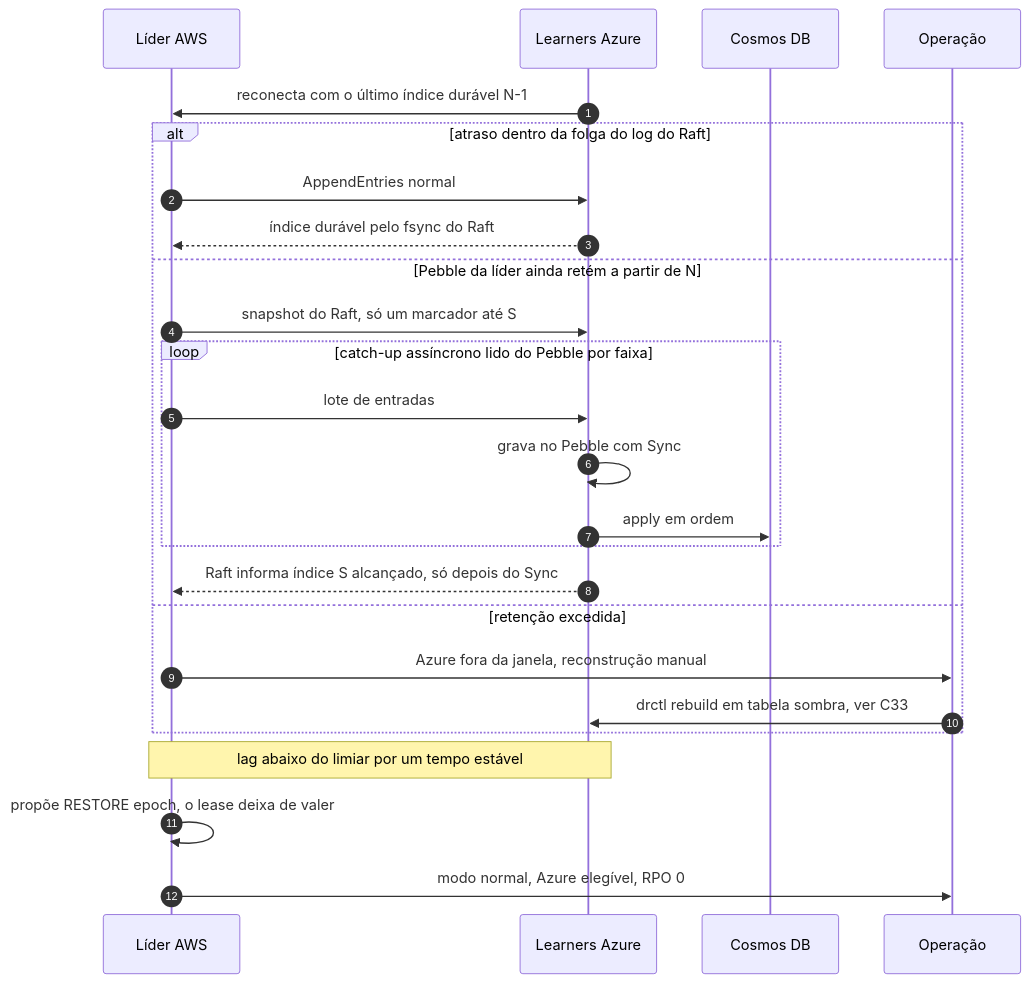
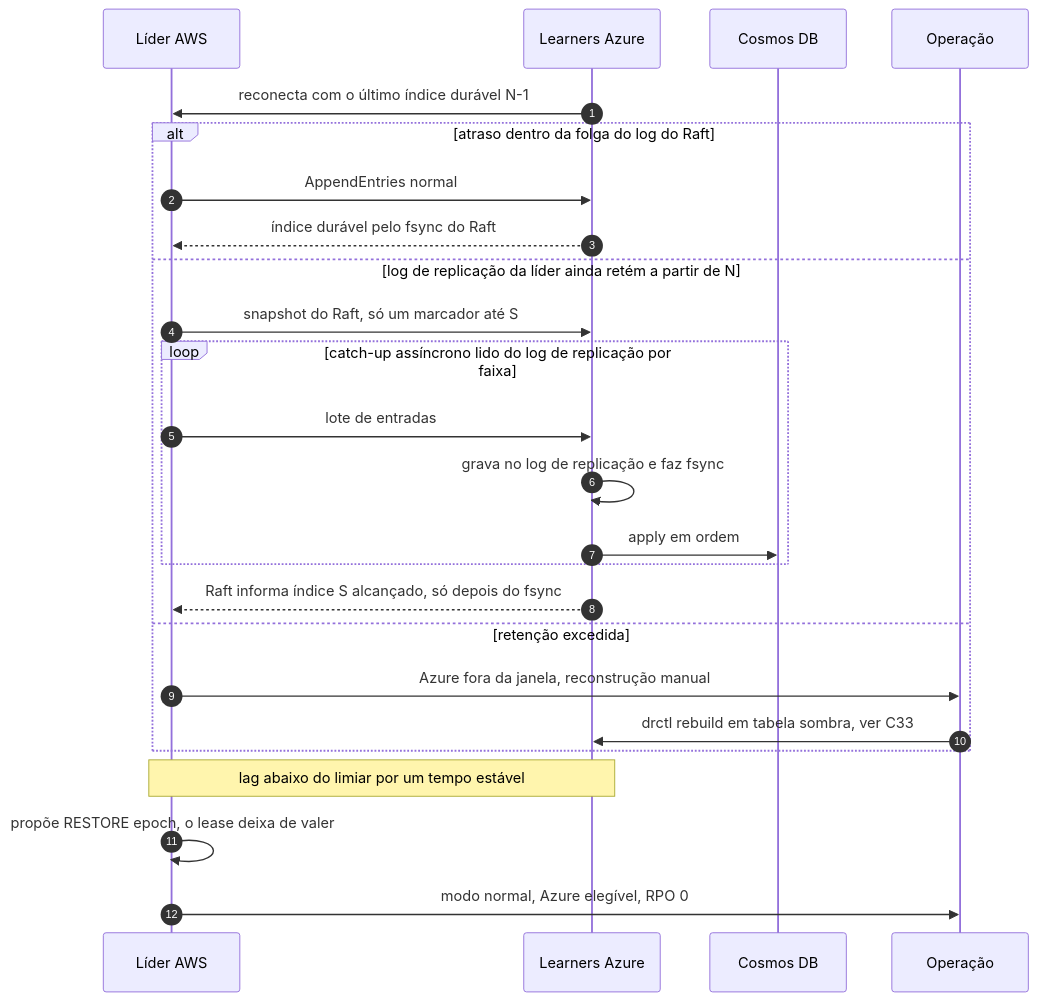
One commit to brbarmex/k changed the diagram in 02_cenarios/atualizados/C13-ressincronizacao-da-azure.md. Above: the diagram before and after it, drawn with Mermaid. The commit also changed other lines of this file and 40 other files, not shown here.

First line of the commit message:
Troca o Pebble por log de replicação segmentado (ADR-055) e implementa o fluxo no código de exemplo

````diff
--- a/02_cenarios/atualizados/C13-ressincronizacao-da-azure.md
+++ b/02_cenarios/atualizados/C13-ressincronizacao-da-azure.md
@@ -13,27 +13,27 @@
 ```mermaid
 sequenceDiagram
     autonumber
     participant L as Líder AWS
     participant AZ as Learners Azure
     participant CDB as Cosmos DB
     participant OPS as Operação
     AZ->>L: reconecta com o último índice durável N-1
     alt atraso dentro da folga do log do Raft
         L->>AZ: AppendEntries normal
         AZ-->>L: índice durável pelo fsync do Raft
-    else Pebble da líder ainda retém a partir de N
+    else log de replicação da líder ainda retém a partir de N
         L->>AZ: snapshot do Raft, só um marcador até S
-        loop catch-up assíncrono lido do Pebble por faixa
+        loop catch-up assíncrono lido do log de replicação por faixa
             L->>AZ: lote de entradas
-            AZ->>AZ: grava no Pebble com Sync
+            AZ->>AZ: grava no log de replicação e faz fsync
             AZ->>CDB: apply em ordem
         end
-        AZ-->>L: Raft informa índice S alcançado, só depois do Sync
+        AZ-->>L: Raft informa índice S alcançado, só depois do fsync
     else retenção excedida
         L->>OPS: Azure fora da janela, reconstrução manual
         OPS->>AZ: drctl rebuild em tabela sombra, ver C33
     end
     Note over L,AZ: lag abaixo do limiar por um tempo estável
     L->>L: propõe RESTORE epoch, o lease deixa de valer
     L->>OPS: modo normal, Azure elegível, RPO 0
 ```
````
